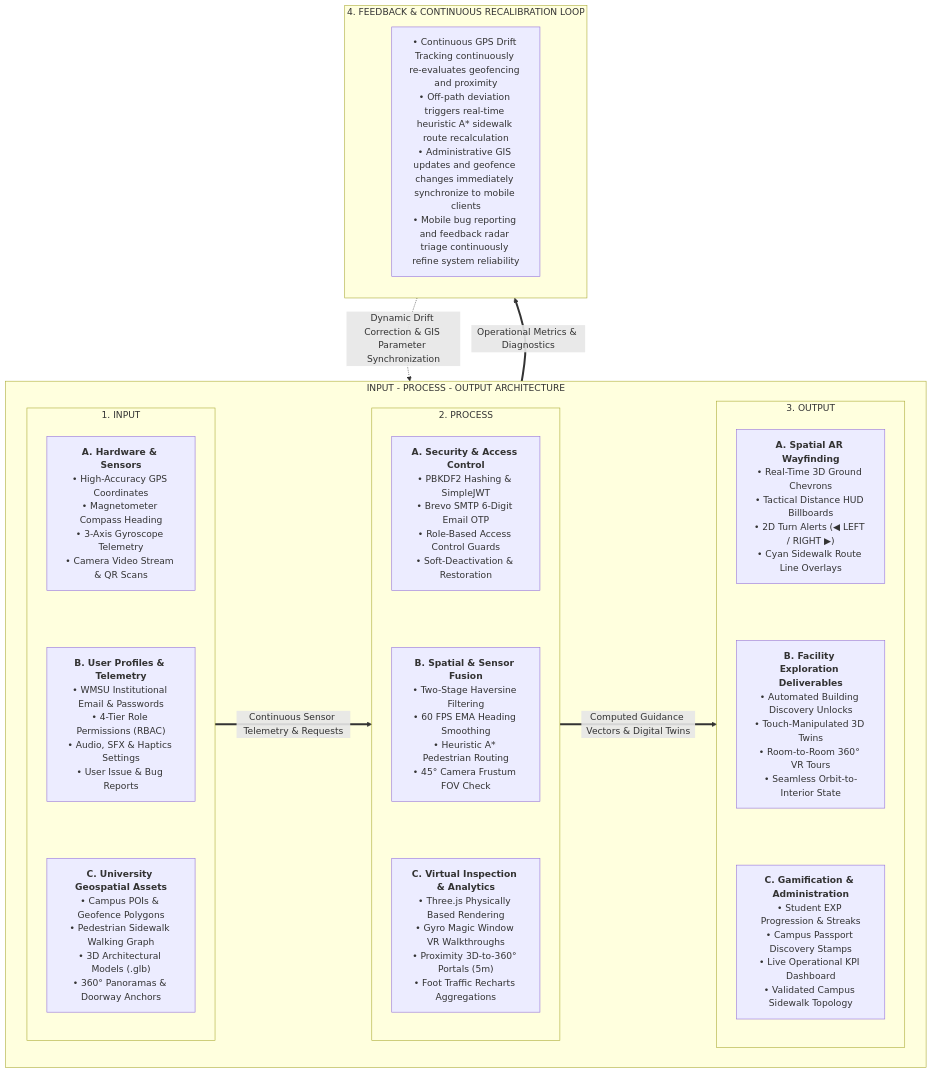
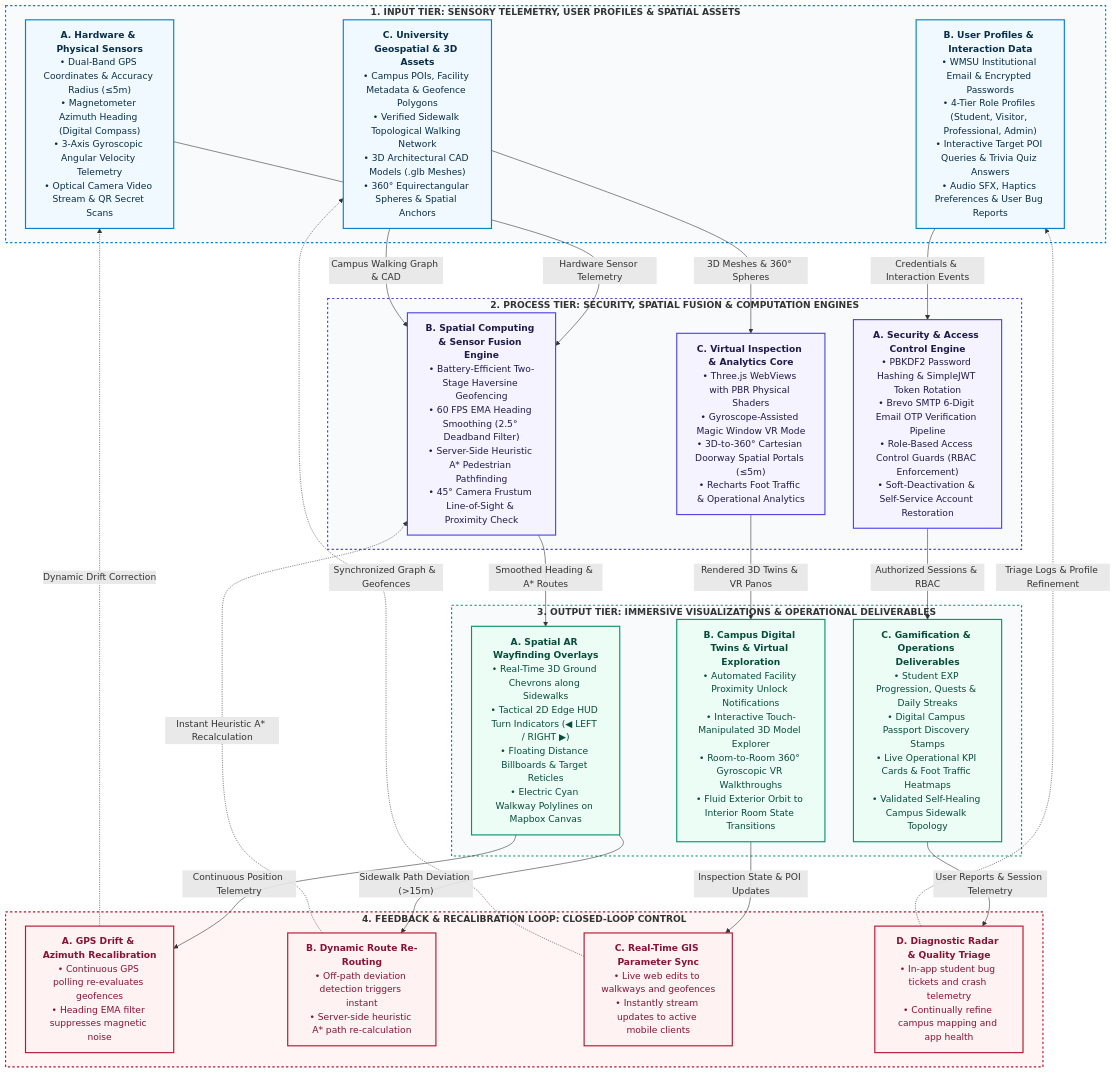
One commit to Cipher-Syntax/ARQuest changed the second of 2 diagrams in conceptual-framework.md. Above: the diagram before and after it, drawn with Mermaid. The commit also changed other lines of this file, not shown here.

Commit message:
docs(thesis): redesign conceptual framework with dual macro and cyber-physical IPO Mermaid models, math specs, and systems theory narrative

````diff
--- a/conceptual-framework.md
+++ b/conceptual-framework.md
@@ -15,47 +57,69 @@
 ```mermaid
 flowchart TD
     %% ==========================================
-    %% CORE IPO PIPELINE (3-COLUMN ARCHITECTURE)
+    %% DETAILED IPO CYBER-PHYSICAL ARCHITECTURE
     %% ==========================================
-    subgraph IPO_PIPELINE ["INPUT - PROCESS - OUTPUT ARCHITECTURE"]
-        direction LR
-
-        subgraph INPUT ["1. INPUT"]
-            direction TB
-            IN_1["<b>A. Hardware & Sensors</b><br/>• High-Accuracy GPS Coordinates<br/>• Magnetometer Compass Heading<br/>• 3-Axis Gyroscope Telemetry<br/>• Camera Video Stream & QR Scans"]
-            IN_2["<b>B. User Profiles & Telemetry</b><br/>• WMSU Institutional Email & Passwords<br/>• 4-Tier Role Permissions (RBAC)<br/>• Audio, SFX & Haptics Settings<br/>• User Issue & Bug Reports"]
-            IN_3["<b>C. University Geospatial Assets</b><br/>• Campus POIs & Geofence Polygons<br/>• Pedestrian Sidewalk Walking Graph<br/>• 3D Architectural Models (.glb)<br/>• 360° Panoramas & Doorway Anchors"]
-            IN_1 ~~~ IN_2 ~~~ IN_3
-        end
-
-        subgraph PROCESS ["2. PROCESS"]
-            direction TB
-            PR_1["<b>A. Security & Access Control</b><br/>• PBKDF2 Hashing & SimpleJWT<br/>• Brevo SMTP 6-Digit Email OTP<br/>• Role-Based Access Control Guards<br/>• Soft-Deactivation & Restoration"]
-            PR_2["<b>B. Spatial & Sensor Fusion</b><br/>• Two-Stage Haversine Filtering<br/>• 60 FPS EMA Heading Smoothing<br/>• Heuristic A* Pedestrian Routing<br/>• 45° Camera Frustum FOV Check"]
-            PR_3["<b>C. Virtual Inspection & Analytics</b><br/>• Three.js Physically Based Rendering<br/>• Gyro Magic Window VR Walkthroughs<br/>• Proximity 3D-to-360° Portals (5m)<br/>• Foot Traffic Recharts Aggregations"]
-            PR_1 ~~~ PR_2 ~~~ PR_3
-        end
-
-        subgraph OUTPUT ["3. OUTPUT"]
-            direction TB
-            OUT_1["<b>A. Spatial AR Wayfinding</b><br/>• Real-Time 3D Ground Chevrons<br/>• Tactical Distance HUD Billboards<br/>• 2D Turn Alerts (◀ LEFT / RIGHT ▶)<br/>• Cyan Sidewalk Route Line Overlays"]
-            OUT_2["<b>B. Facility Exploration Deliverables</b><br/>• Automated Building Discovery Unlocks<br/>• Touch-Manipulated 3D Twins<br/>• Room-to-Room 360° VR Tours<br/>• Seamless Orbit-to-Interior State"]
-            OUT_3["<b>C. Gamification & Administration</b><br/>• Student EXP Progression & Streaks<br/>• Campus Passport Discovery Stamps<br/>• Live Operational KPI Dashboard<br/>• Validated Campus Sidewalk Topology"]
-            OUT_1 ~~~ OUT_2 ~~~ OUT_3
-        end
-
-        INPUT ==>|"Continuous Sensor Telemetry & Requests"| PROCESS
-        PROCESS ==>|"Computed Guidance Vectors & Digital Twins"| OUTPUT
+    subgraph TIER_INPUT ["<b>1. INPUT TIER: SENSORY TELEMETRY, USER PROFILES & SPATIAL ASSETS</b>"]
+        IN_1["<b>A. Hardware & Physical Sensors</b><br/>• Dual-Band GPS Coordinates & Accuracy Radius (≤5m)<br/>• Magnetometer Azimuth Heading (Digital Compass)<br/>• 3-Axis Gyroscopic Angular Velocity Telemetry<br/>• Optical Camera Video Stream & QR Secret Scans"]
+        IN_2["<b>B. User Profiles & Interaction Data</b><br/>• WMSU Institutional Email & Encrypted Passwords<br/>• 4-Tier Role Profiles (Student, Visitor, Professional, Admin)<br/>• Interactive Target POI Queries & Trivia Quiz Answers<br/>• Audio SFX, Haptics Preferences & User Bug Reports"]
+        IN_3["<b>C. University Geospatial & 3D Assets</b><br/>• Campus POIs, Facility Metadata & Geofence Polygons<br/>• Verified Sidewalk Topological Walking Network<br/>• 3D Architectural CAD Models (.glb Meshes)<br/>• 360° Equirectangular Spheres & Spatial Anchors"]
     end
 
-    %% ==========================================
-    %% CONTINUOUS FEEDBACK RECALIBRATION LOOP
-    %% ==========================================
-    subgraph FEEDBACK ["4. FEEDBACK & CONTINUOUS RECALIBRATION LOOP"]
-        direction TB
-        FB_1["• Continuous GPS Drift Tracking continuously re-evaluates geofencing and proximity<br/>• Off-path deviation triggers real-time heuristic A* sidewalk route recalculation<br/>• Administrative GIS updates and geofence changes immediately synchronize to mobile clients<br/>• Mobile bug reporting and feedback radar triage continuously refine system reliability"]
+    subgraph TIER_PROCESS ["<b>2. PROCESS TIER: SECURITY, SPATIAL FUSION & COMPUTATION ENGINES</b>"]
+        PR_1["<b>A. Security & Access Control Engine</b><br/>• PBKDF2 Password Hashing & SimpleJWT Token Rotation<br/>• Brevo SMTP 6-Digit Email OTP Verification Pipeline<br/>• Role-Based Access Control Guards (RBAC Enforcement)<br/>• Soft-Deactivation & Self-Service Account Restoration"]
+        PR_2["<b>B. Spatial Computing & Sensor Fusion Engine</b><br/>• Battery-Efficient Two-Stage Haversine Geofencing<br/>• 60 FPS EMA Heading Smoothing (2.5° Deadband Filter)<br/>• Server-Side Heuristic A* Pedestrian Pathfinding<br/>• 45° Camera Frustum Line-of-Sight & Proximity Check"]
+        PR_3["<b>C. Virtual Inspection & Analytics Core</b><br/>• Three.js WebViews with PBR Physical Shaders<br/>• Gyroscope-Assisted Magic Window VR Mode<br/>• 3D-to-360° Cartesian Doorway Spatial Portals (≤5m)<br/>• Recharts Foot Traffic & Operational Analytics"]
     end
 
-    OUTPUT ==>|"Operational Metrics & Diagnostics"| FEEDBACK
-    FEEDBACK -.->|"Dynamic Drift Correction & GIS Parameter Synchronization"| INPUT
+    subgraph TIER_OUTPUT ["<b>3. OUTPUT TIER: IMMERSIVE VISUALIZATIONS & OPERATIONAL DELIVERABLES</b>"]
+        OUT_1["<b>A. Spatial AR Wayfinding Overlays</b><br/>• Real-Time 3D Ground Chevrons along Sidewalks<br/>• Tactical 2D Edge HUD Turn Indicators (◀ LEFT / RIGHT ▶)<br/>• Floating Distance Billboards & Target Reticles<br/>• Electric Cyan Walkway Polylines on Mapbox Canvas"]
+        OUT_2["<b>B. Campus Digital Twins & Virtual Exploration</b><br/>• Automated Facility Proximity Unlock Notifications<br/>• Interactive Touch-Manipulated 3D Model Explorer<br/>• Room-to-Room 360° Gyroscopic VR Walkthroughs<br/>• Fluid Exterior Orbit to Interior Room State Transitions"]
+        OUT_3["<b>C. Gamification & Operations Deliverables</b><br/>• Student EXP Progression, Quests & Daily Streaks<br/>• Digital Campus Passport Discovery Stamps<br/>• Live Operational KPI Cards & Foot Traffic Heatmaps<br/>• Validated Self-Healing Campus Sidewalk Topology"]
+    end
+
+    subgraph TIER_FEEDBACK ["<b>4. FEEDBACK & RECALIBRATION LOOP: CLOSED-LOOP CONTROL</b>"]
+        FB_1["<b>A. GPS Drift & Azimuth Recalibration</b><br/>• Continuous GPS polling re-evaluates geofences<br/>• Heading EMA filter suppresses magnetic noise"]
+        FB_2["<b>B. Dynamic Route Re-Routing</b><br/>• Off-path deviation detection triggers instant<br/>• Server-side heuristic A* path re-calculation"]
+        FB_3["<b>C. Real-Time GIS Parameter Sync</b><br/>• Live web edits to walkways and geofences<br/>• Instantly stream updates to active mobile clients"]
+        FB_4["<b>D. Diagnostic Radar & Quality Triage</b><br/>• In-app student bug tickets and crash telemetry<br/>• Continually refine campus mapping and app health"]
+    end
+
+    %% Pipeline Inter-Tier Connectors (Input -> Process)
+    IN_1 -->|"Hardware Sensor Telemetry"| PR_2
+    IN_2 -->|"Credentials & Interaction Events"| PR_1
+    IN_3 -->|"Campus Walking Graph & CAD"| PR_2
+    IN_3 -->|"3D Meshes & 360° Spheres"| PR_3
+
+    %% Pipeline Inter-Tier Connectors (Process -> Output)
+    PR_2 -->|"Smoothed Heading & A* Routes"| OUT_1
+    PR_3 -->|"Rendered 3D Twins & VR Panos"| OUT_2
+    PR_1 -->|"Authorized Sessions & RBAC"| OUT_3
+
+    %% Output to Feedback Trigger
+    OUT_1 -->|"Continuous Position Telemetry"| FB_1
+    OUT_1 -->|"Sidewalk Path Deviation (>15m)"| FB_2
+    OUT_2 -->|"Inspection State & POI Updates"| FB_3
+    OUT_3 -->|"User Reports & Session Telemetry"| FB_4
+
+    %% Closed-Loop Feedback Recalibration (Dotted Lines)
+    FB_1 -.->|"Dynamic Drift Correction"| IN_1
+    FB_2 -.->|"Instant Heuristic A* Recalculation"| PR_2
+    FB_3 -.->|"Synchronized Graph & Geofences"| IN_3
+    FB_4 -.->|"Triage Logs & Profile Refinement"| IN_2
+
+    %% Styling Classes
+    classDef inputClass fill:#F0F9FF,stroke:#0284C7,stroke-width:2px,color:#082F49;
+    classDef processClass fill:#F5F3FF,stroke:#4F46E5,stroke-width:2px,color:#1E1B4B;
+    classDef outputClass fill:#ECFDF5,stroke:#059669,stroke-width:2px,color:#064E3B;
+    classDef feedbackClass fill:#FEF2F2,stroke:#B21830,stroke-width:2px,color:#881337;
+
+    class IN_1,IN_2,IN_3 inputClass;
+    class PR_1,PR_2,PR_3 processClass;
+    class OUT_1,OUT_2,OUT_3 outputClass;
+    class FB_1,FB_2,FB_3,FB_4 feedbackClass;
+
+    style TIER_INPUT fill:#F8FAFC,stroke:#0284C7,stroke-width:2px,stroke-dasharray: 4 4;
+    style TIER_PROCESS fill:#F8FAFC,stroke:#4F46E5,stroke-width:2px,stroke-dasharray: 4 4;
+    style TIER_OUTPUT fill:#F8FAFC,stroke:#059669,stroke-width:2px,stroke-dasharray: 4 4;
+    style TIER_FEEDBACK fill:#FFF5F5,stroke:#B21830,stroke-width:2px,stroke-dasharray: 4 4;
 ```
````
